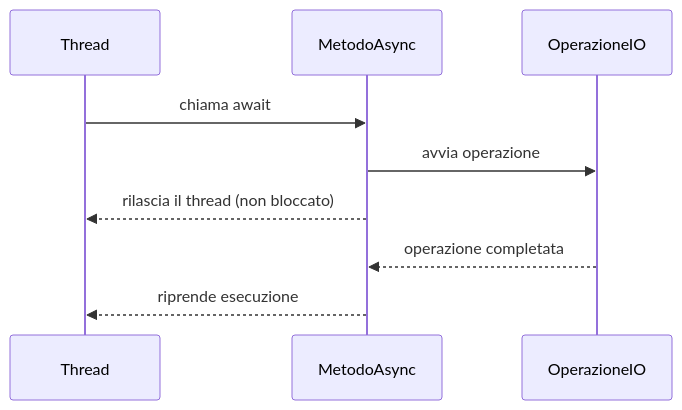
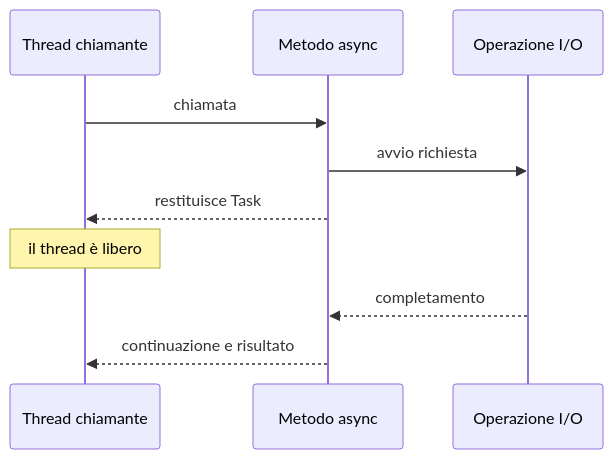
One commit to DennisTurco/AppuntiFacili changed the first of 5 diagrams in src/content/informatica/csharp/async-await.mdx. Above: the diagram before and after it, drawn with Mermaid. The commit also changed other lines of this file and 10 other files, not shown here.

````diff
--- a/src/content/informatica/csharp/async-await.mdx
+++ b/src/content/informatica/csharp/async-await.mdx
@@ -22,12 +40,13 @@
 ```mermaid
 sequenceDiagram
-    participant Thread
-    participant MetodoAsync
-    participant OperazioneIO
+    participant Caller as Thread chiamante
+    participant Metodo as Metodo async
+    participant IO as Operazione I/O
 
-    Thread->>MetodoAsync: chiama await
-    MetodoAsync->>OperazioneIO: avvia operazione
-    MetodoAsync-->>Thread: rilascia il thread (non bloccato)
-    OperazioneIO-->>MetodoAsync: operazione completata
-    MetodoAsync-->>Thread: riprende esecuzione
+    Caller->>Metodo: chiamata
+    Metodo->>IO: avvio richiesta
+    Metodo-->>Caller: restituisce Task
+    Note over Caller: il thread è libero
+    IO-->>Metodo: completamento
+    Metodo-->>Caller: continuazione e risultato
 ```
````
